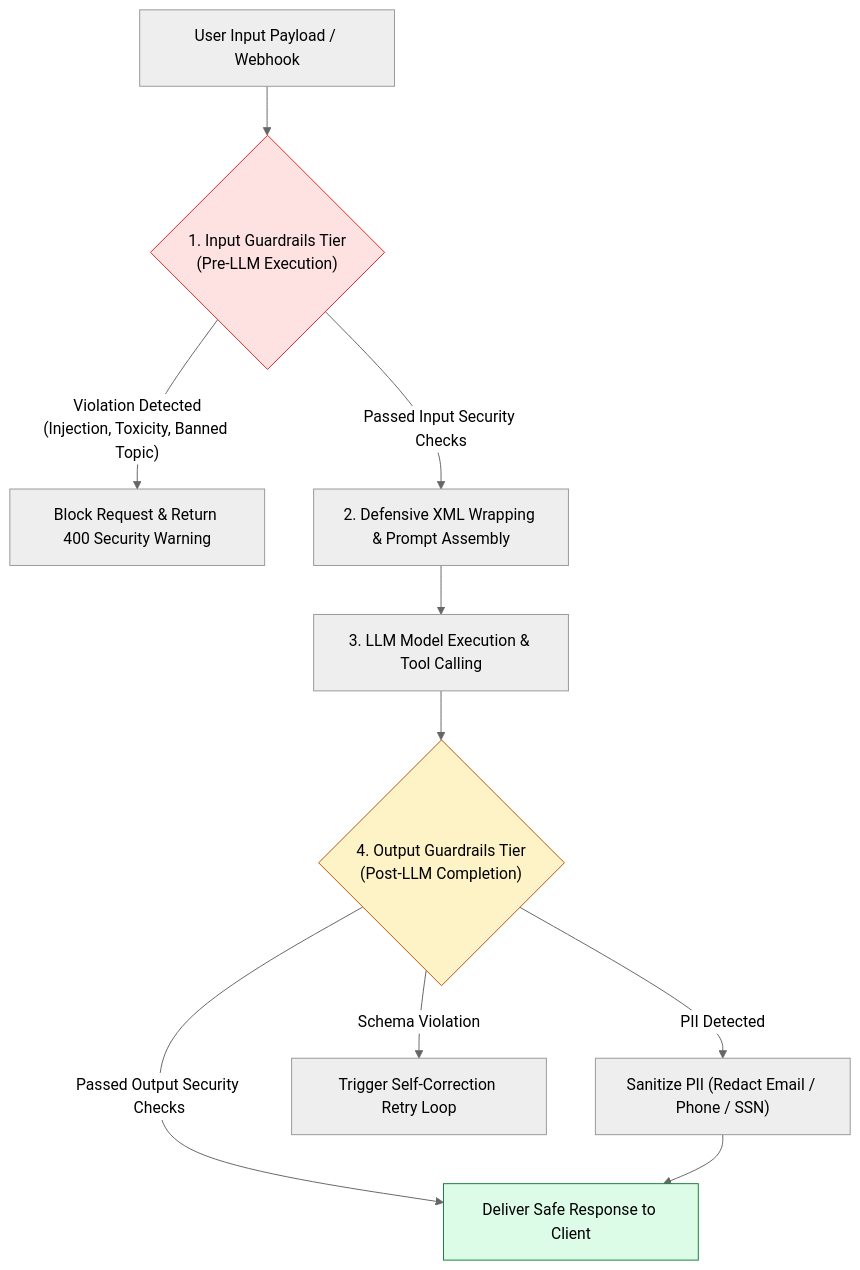
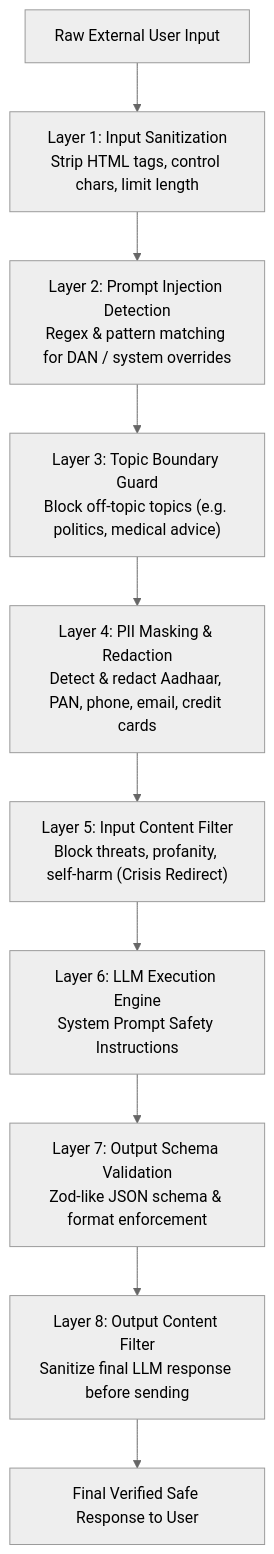
The diagram in agentic-ai-notes/00-foundations/14-guardrails-and-safety.md (Amie-dev/engineering-playbook), drawn with Mermaid (neutral theme) before and after one commit. The commit also changed other lines of this file and 27 other files, not shown here.

````diff
--- a/agentic-ai-notes/00-foundations/14-guardrails-and-safety.md
+++ b/agentic-ai-notes/00-foundations/14-guardrails-and-safety.md
@@ -13,22 +9,20 @@
 ```mermaid
 flowchart TD
-    UserInput[User Input Payload / Webhook] --> InputGuard{"1. Input Guardrails Tier<br/>(Pre-LLM Execution)"}
-
-    InputGuard -- "Violation Detected<br/>(Injection, Toxicity, Banned Topic)" --> Block400["Block Request & Return 400 Security Warning"]
-
-    InputGuard -- "Passed Input Security Checks" --> DefensiveWrap["2. Defensive XML Wrapping & Prompt Assembly"]
-
-    DefensiveWrap --> LLMInference["3. LLM Model Execution & Tool Calling"]
-
-    LLMInference --> OutputGuard{"4. Output Guardrails Tier<br/>(Post-LLM Completion)"}
-
-    OutputGuard -- "PII Detected" --> PIIRedact["Sanitize PII (Redact Email / Phone / SSN)"]
-    OutputGuard -- "Schema Violation" --> AutoRetry["Trigger Self-Correction Retry Loop"]
-    OutputGuard -- "Passed Output Security Checks" --> SafeOutput["Deliver Safe Response to Client"]
-
-    PIIRedact --> SafeOutput
-
-    style InputGuard fill:#fee2e2,stroke:#dc2626
-    style OutputGuard fill:#fef3c7,stroke:#b45309
-    style SafeOutput fill:#dcfce7,stroke:#15803d
+    UserInput[Raw External User Input] --> L1["Layer 1: Input Sanitization<br/>Strip HTML tags, control chars, limit length"]
+    
+    L1 --> L2["Layer 2: Prompt Injection Detection<br/>Regex & pattern matching for DAN / system overrides"]
+    
+    L2 --> L3["Layer 3: Topic Boundary Guard<br/>Block off-topic topics (e.g. politics, medical advice)"]
+    
+    L3 --> L4["Layer 4: PII Masking & Redaction<br/>Detect & redact Aadhaar, PAN, phone, email, credit cards"]
+    
+    L4 --> L5["Layer 5: Input Content Filter<br/>Block threats, profanity, self-harm (Crisis Redirect)"]
+    
+    L5 --> LLMExec["Layer 6: LLM Execution Engine<br/>System Prompt Safety Instructions"]
+    
+    LLMExec --> L7["Layer 7: Output Schema Validation<br/>Zod-like JSON schema & format enforcement"]
+    
+    L7 --> L8["Layer 8: Output Content Filter<br/>Sanitize final LLM response before sending"]
+    
+    L8 --> SafeResponse[Final Verified Safe Response to User]
 ```
````
